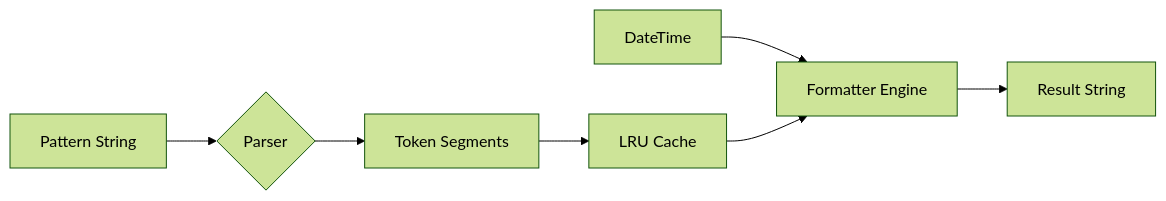
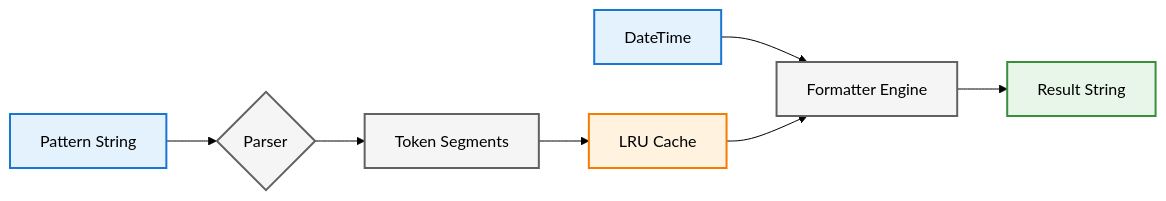
One commit to pooriaaskarim/logd changed the first of 2 diagrams in docs/time/architecture.md. Above: the diagram before and after it, drawn with Mermaid (forest theme). The commit also changed other lines of this file and 5 other files, not shown here.

First line of the commit message:
Docs: Refactor documentation structure and add diagrams

````diff
--- a/docs/time/architecture.md
+++ b/docs/time/architecture.md
@@ -9,9 +9,19 @@
 ```mermaid
 graph LR
     String[Pattern String] --> Parser{Parser}
     Parser --> Segments[Token Segments]
     Segments --> Cache[LRU Cache]
     DateTime[DateTime] --> Engine[Formatter Engine]
     Cache --> Engine
     Engine --> StringOut[Result String]
+    
+    classDef inputStyle fill:#e3f2fd,stroke:#1976d2,stroke-width:2px,color:#000
+    classDef cacheStyle fill:#fff3e0,stroke:#f57c00,stroke-width:2px,color:#000
+    classDef processStyle fill:#f5f5f5,stroke:#616161,stroke-width:2px,color:#000
+    classDef outputStyle fill:#e8f5e9,stroke:#388e3c,stroke-width:2px,color:#000
+    
+    class String,DateTime inputStyle
+    class Cache cacheStyle
+    class Parser,Segments,Engine processStyle
+    class StringOut outputStyle
 ```
````
